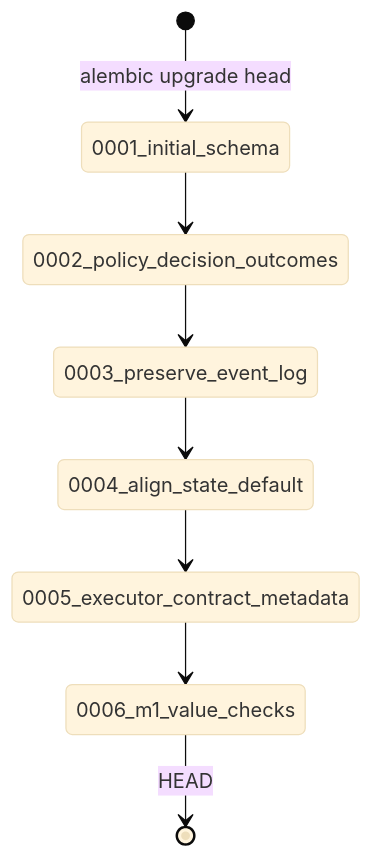
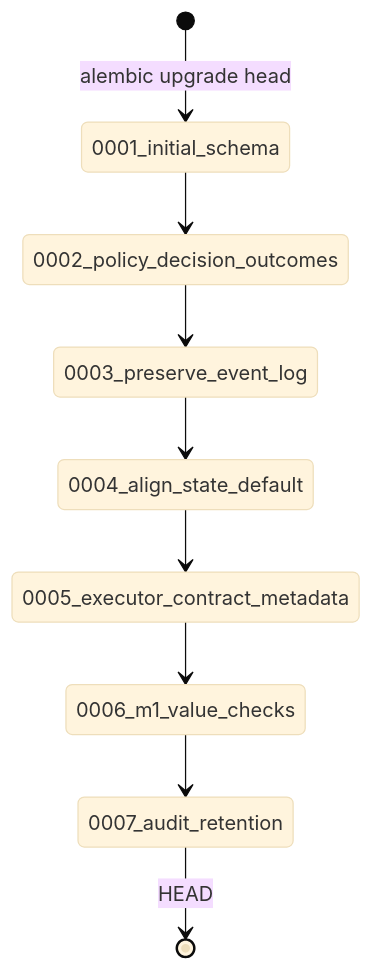
Before and after one commit to NicolayBang/ApplyGo: the first of 2 diagrams in docs/codebase/c4-code-backend-alembic-versions.md, drawn with Mermaid (base theme). The commit also changed other lines of this file and 14 other files, not shown here.

````diff
--- a/docs/codebase/c4-code-backend-alembic-versions.md
+++ b/docs/codebase/c4-code-backend-alembic-versions.md
@@ -151,10 +171,11 @@
 ```mermaid
 stateDiagram-v2
     [*] --> 0001_initial_schema : alembic upgrade head
     0001_initial_schema --> 0002_policy_decision_outcomes
     0002_policy_decision_outcomes --> 0003_preserve_event_log
     0003_preserve_event_log --> 0004_align_state_default
     0004_align_state_default --> 0005_executor_contract_metadata
     0005_executor_contract_metadata --> 0006_m1_value_checks
-    0006_m1_value_checks --> [*] : HEAD
+    0006_m1_value_checks --> 0007_audit_retention
+    0007_audit_retention --> [*] : HEAD
 ```
````
